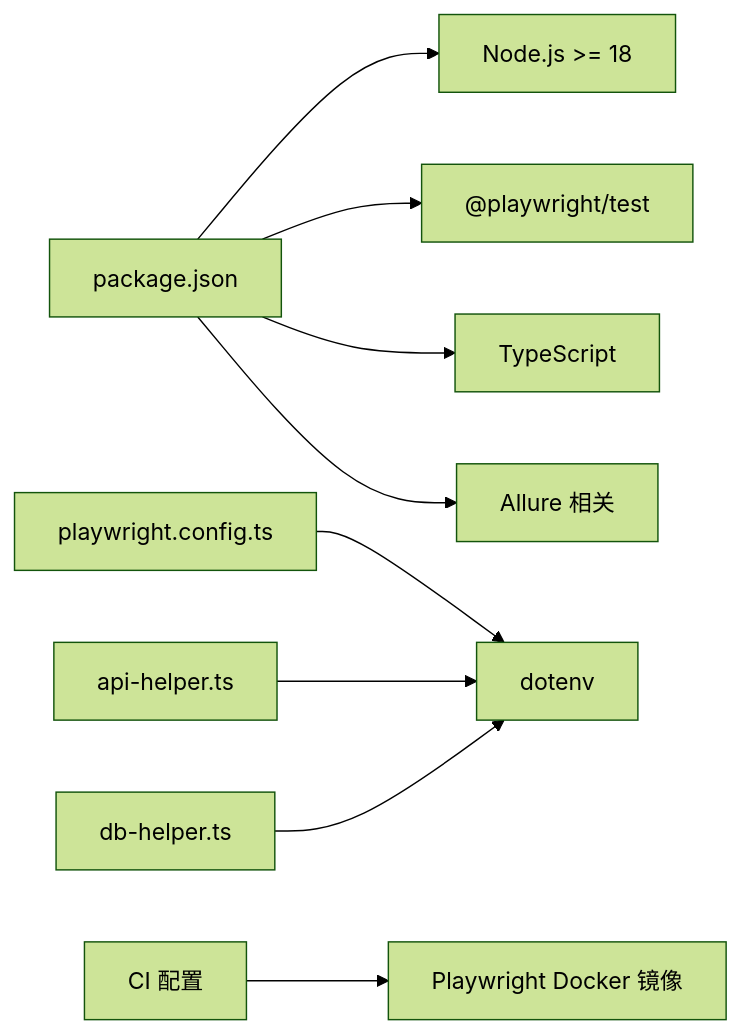
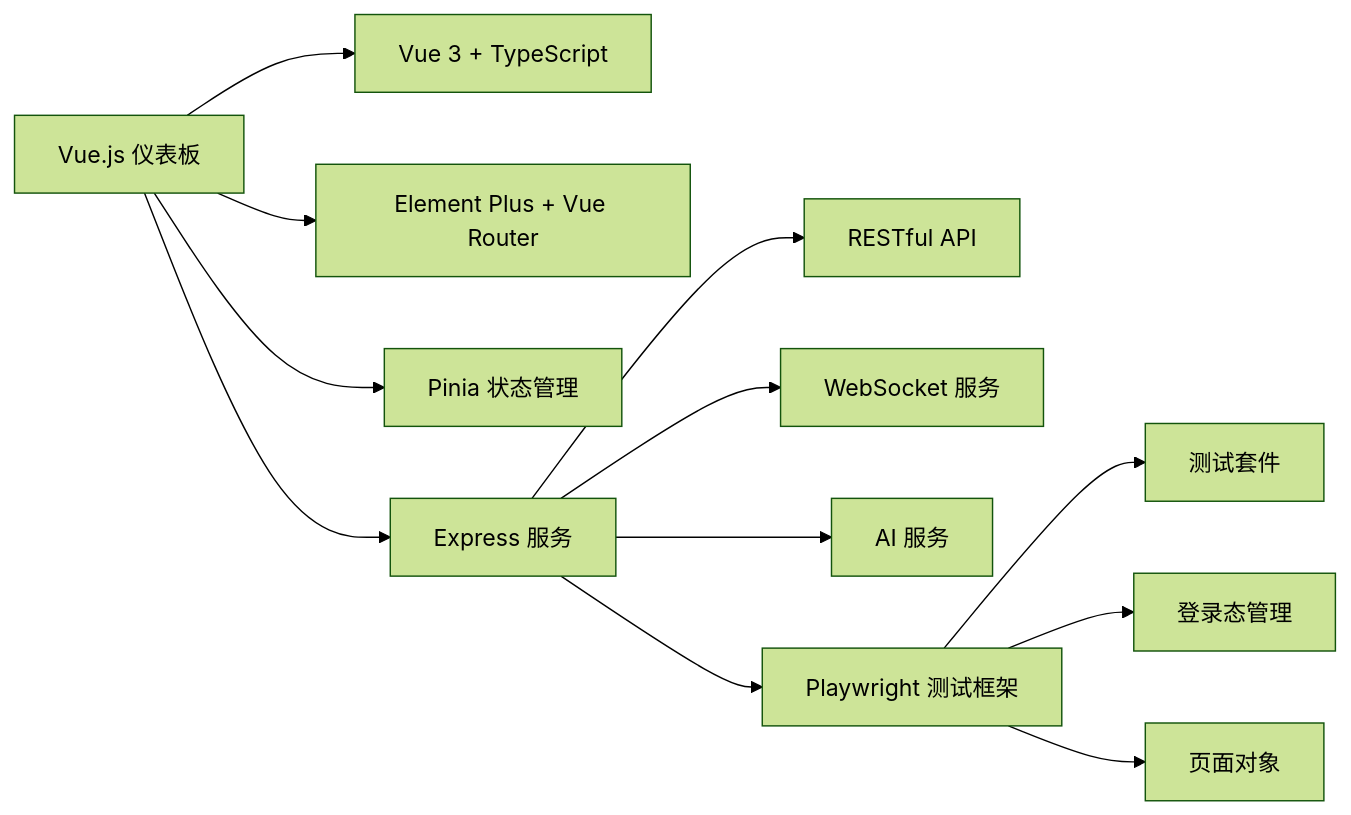
The fourth of 4 diagrams in .qoder/repowiki/zh/content/开发者指南/开发环境设置.md (zzgoviziwind/--playwright), drawn with Mermaid (forest theme) before and after one commit. The commit also changed other lines of this file and 112 other files, not shown here.

````diff
--- a/.qoder/repowiki/zh/content/开发者指南/开发环境设置.md
+++ b/.qoder/repowiki/zh/content/开发者指南/开发环境设置.md
@@ -322,11 +326,14 @@
 ```mermaid
 graph LR
-Pkg["package.json"] --> Node["Node.js >= 18"]
-Pkg --> PW["@playwright/test"]
-Pkg --> TS["TypeScript"]
-Pkg --> Allure["Allure 相关"]
-PWConf["playwright.config.ts"] --> DotEnv["dotenv"]
-API["api-helper.ts"] --> DotEnv
-DB["db-helper.ts"] --> DotEnv
-CI["CI 配置"] --> Docker["Playwright Docker 镜像"]
+Frontend["Vue.js 仪表板"] --> Vue["Vue 3 + TypeScript"]
+Frontend --> UI["Element Plus + Vue Router"]
+Frontend --> State["Pinia 状态管理"]
+Backend["Express 服务"] --> API["RESTful API"]
+Backend --> WS["WebSocket 服务"]
+Backend --> AI["AI 服务"]
+Core["Playwright 测试框架"] --> Tests["测试套件"]
+Core --> Fixtures["登录态管理"]
+Core --> Pages["页面对象"]
+Frontend --> Backend
+Backend --> Core
 ```
````
